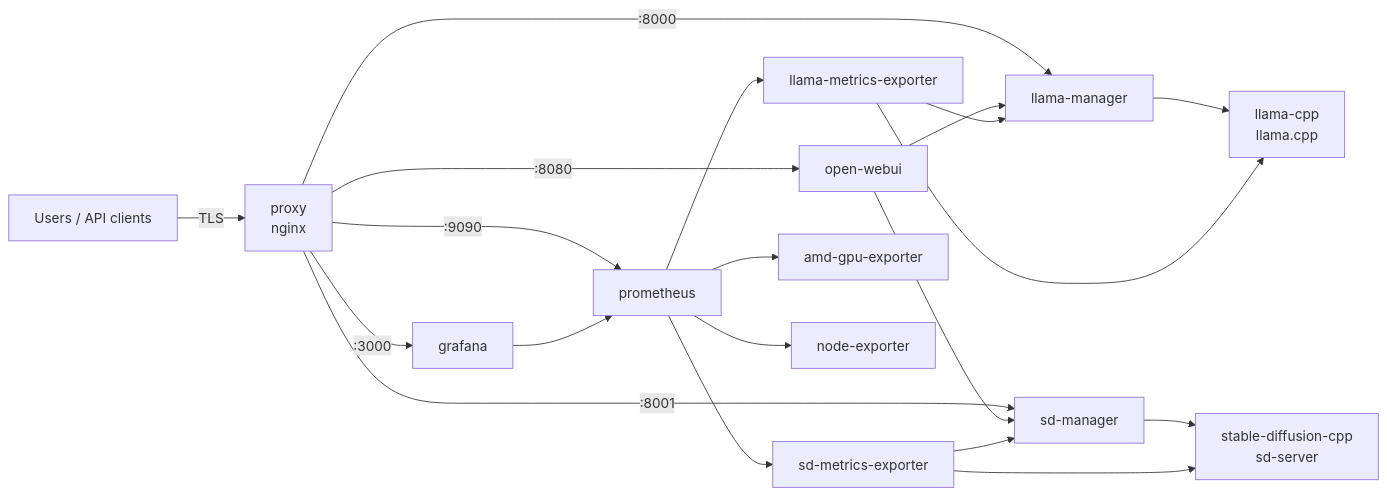
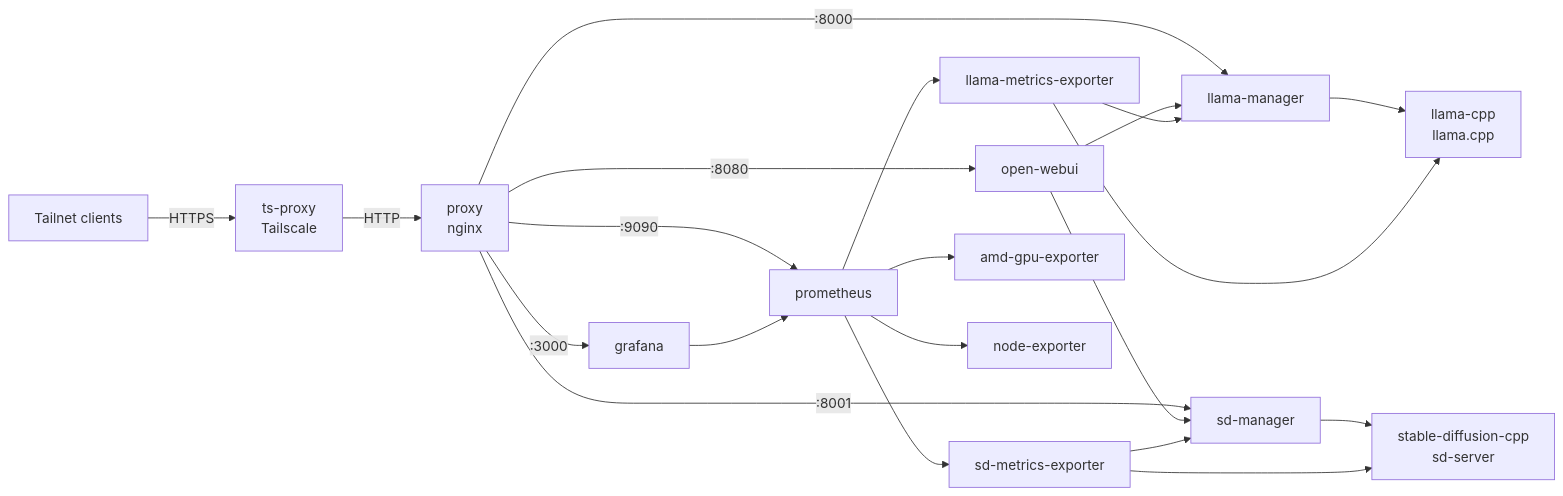
One commit to rozsival/panther-minor changed the diagram in docs/architecture.md. Above: the diagram before and after it, drawn with Mermaid. The commit also changed other lines of this file and 11 other files, not shown here.

````diff
--- a/docs/architecture.md
+++ b/docs/architecture.md
@@ -14,25 +15,26 @@
 ```mermaid
 flowchart LR
-    U[Users / API clients] -->|TLS| X[proxy<br/>nginx]
+    U[Tailnet clients] -->|HTTPS| T[ts-proxy<br/>Tailscale]
+    T -->|HTTP| X[proxy<br/>nginx]
 
     X -->|:8080| W[open-webui]
     X -->|:8000| M[llama-manager]
     X -->|:8001| S[sd-manager]
     X -->|:3000| D[grafana]
     X -->|:9090| P[prometheus]
 
     W --> M
     W --> S
     M --> L[llama-cpp<br/>llama.cpp]
     S --> I[stable-diffusion-cpp<br/>sd-server]
 
     P --> LX[llama-metrics-exporter]
     P --> SX[sd-metrics-exporter]
     P --> G[amd-gpu-exporter]
     P --> N[node-exporter]
     LX --> M
     LX --> L
     SX --> S
     SX --> I
     D --> P
 ```
````
